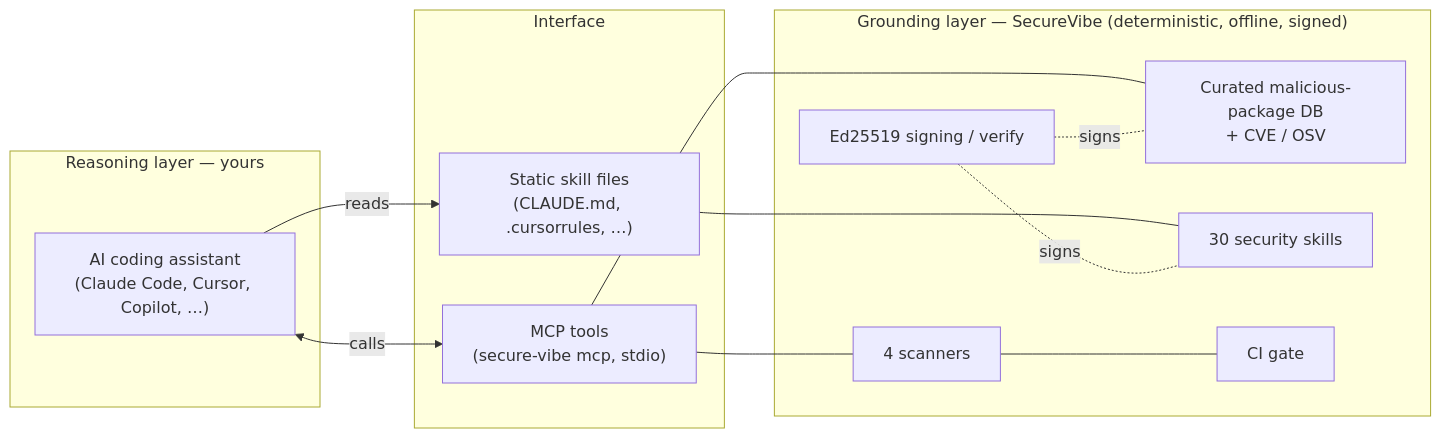
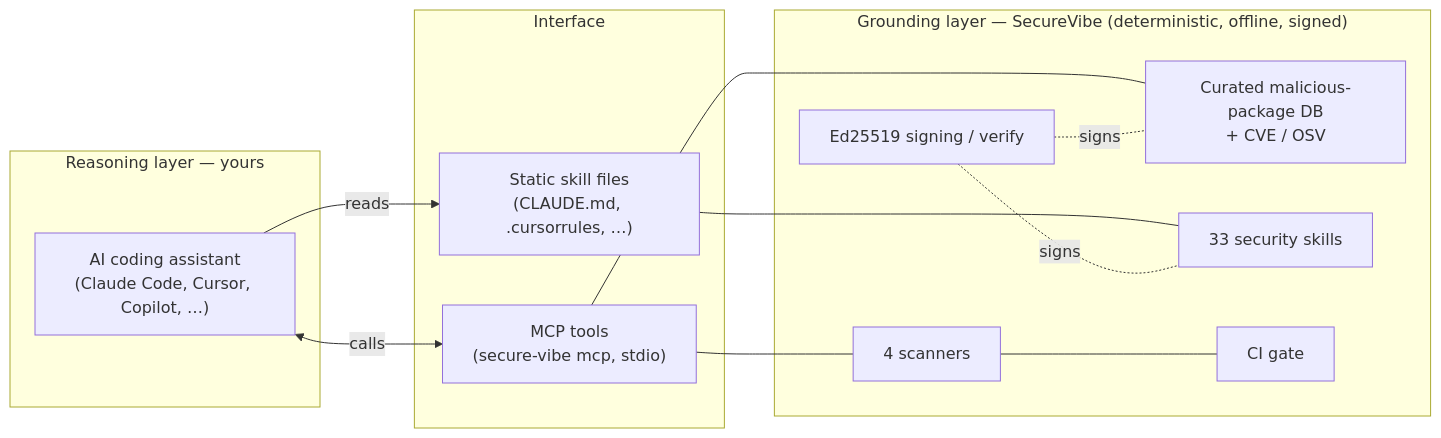
One commit to ShieldNet-360/secure-vibe changed the first of 5 diagrams in docs/concepts/architecture.md. Above: the diagram before and after it, drawn with Mermaid. The commit also changed other lines of this file and 11 other files, not shown here.

````diff
--- a/docs/concepts/architecture.md
+++ b/docs/concepts/architecture.md
@@ -17,28 +17,28 @@
 ```mermaid
 flowchart LR
     subgraph REASON["Reasoning layer — yours"]
         A["AI coding assistant<br/>(Claude Code, Cursor, Copilot, …)"]
     end
 
     subgraph IFACE["Interface"]
         S["Static skill files<br/>(CLAUDE.md, .cursorrules, …)"]
         M["MCP tools<br/>(secure-vibe mcp, stdio)"]
     end
 
     subgraph GROUND["Grounding layer — SecureVibe (deterministic, offline, signed)"]
         DB["Curated malicious-package DB<br/>+ CVE / OSV"]
-        SK["30 security skills"]
+        SK["33 security skills"]
         SC["4 scanners"]
         SG["Ed25519 signing / verify"]
         GT["CI gate"]
     end
 
     A -->|reads| S
     A <-->|calls| M
     S --- SK
     M --- SC
     M --- DB
     SC --- GT
     SG -.signs.- DB
     SG -.signs.- SK
 ```
````
